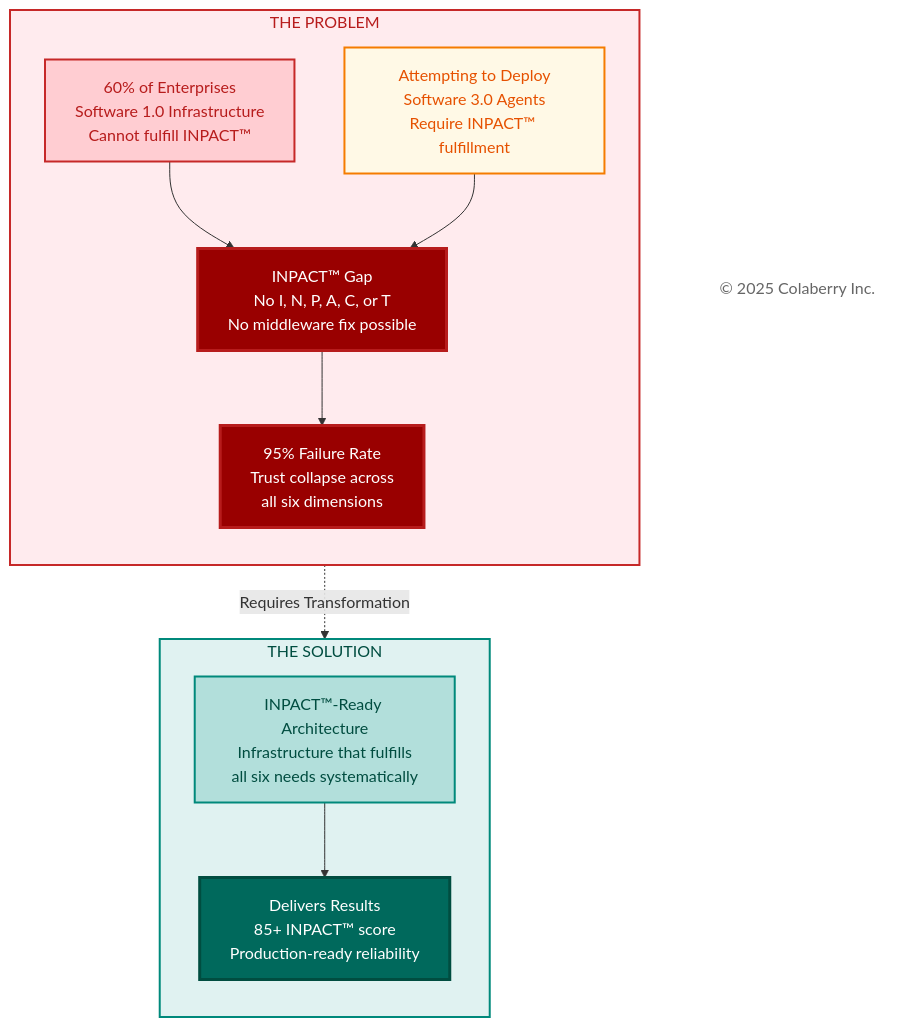
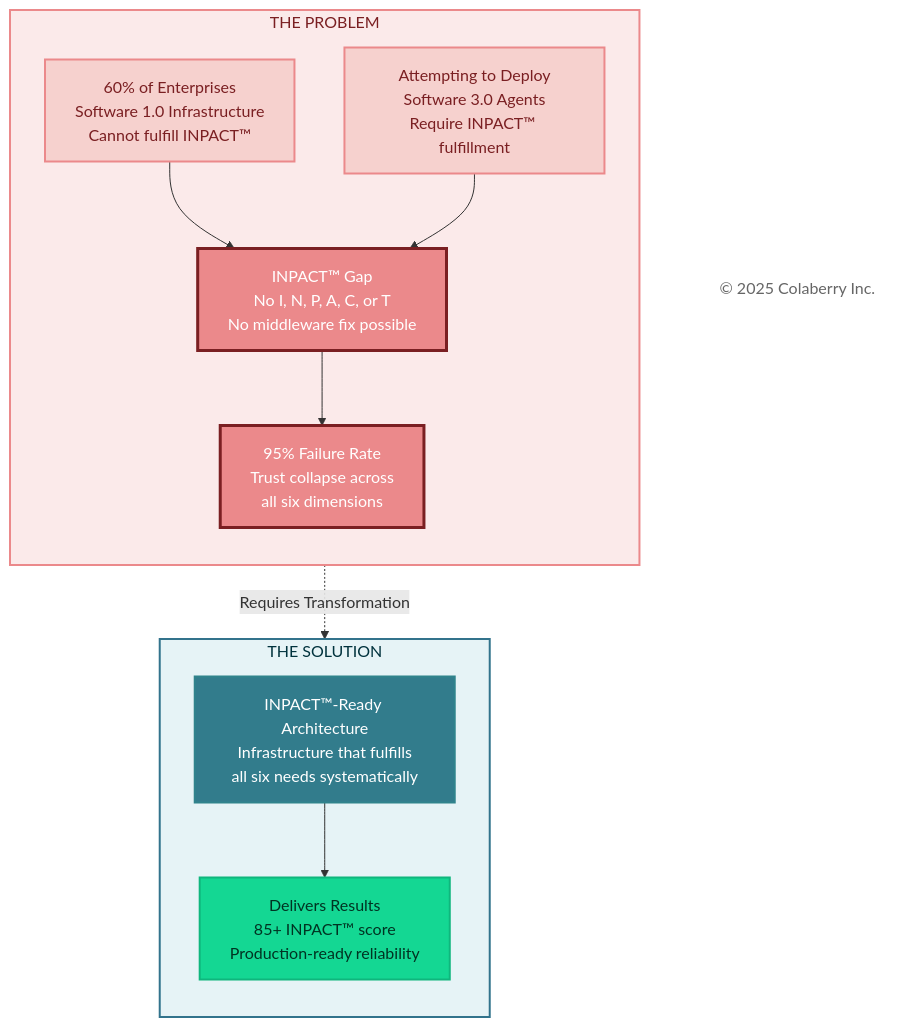
The fourth of 6 diagrams in manuscript/02_chapter_1_why_agents_fail.md (colaberry/trust-before-intelligence-book), drawn with Mermaid before and after one commit. The commit also changed other lines of this file, not shown here.

Commit message:
Update mermaid diagrams as per new coloberry color and contrast ratio for chapter 2

````diff
--- a/manuscript/02_chapter_1_why_agents_fail.md
+++ b/manuscript/02_chapter_1_why_agents_fail.md
@@ -484,43 +484,43 @@
 ```mermaid
 
 graph TB
     subgraph PROBLEM["THE PROBLEM"]
         direction TB
         current["60% of Enterprises<br/>Software 1.0 Infrastructure<br/>Cannot fulfill INPACT™"]
         
         attempting["Attempting to Deploy<br/>Software 3.0 Agents<br/>Require INPACT™ fulfillment"]
         
         gap["INPACT™ Gap<br/>No I, N, P, A, C, or T<br/>No middleware fix possible"]
         
         result["95% Failure Rate<br/>Trust collapse across<br/>all six dimensions"]
         
         current --> gap
         attempting --> gap
         gap --> result
     end
     
     subgraph SOLUTION["THE SOLUTION"]
         direction TB
         transform["INPACT™-Ready Architecture<br/>Infrastructure that fulfills<br/>all six needs systematically"]
         
         delivers["Delivers Results<br/>85+ INPACT™ score<br/>Production-ready reliability"]
         
         transform --> delivers
     end
     
     result -.->|"Requires Transformation"| transform
     
     Copyright["© 2025 Colaberry Inc."]
     
-    style PROBLEM fill:#ffebee,stroke:#c62828,stroke-width:2px,color:#b71c1c
-    style current fill:#ffcdd2,stroke:#c62828,stroke-width:2px,color:#b71c1c
-    style attempting fill:#fff9e6,stroke:#f57c00,stroke-width:2px,color:#e65100
-    style gap fill:#990000,color:#ffffff,stroke:#b71c1c,stroke-width:3px
-    style result fill:#990000,color:#ffffff,stroke:#b71c1c,stroke-width:3px
+    style PROBLEM fill:#FBEAEA,stroke:#EB898B,stroke-width:2px,color:#7A1F22
+    style current fill:#F6D1CE,stroke:#EB898B,stroke-width:2px,color:#7A1F22
+    style attempting fill:#F6D1CE,stroke:#EB898B,stroke-width:2px,color:#7A1F22
+    style gap fill:#EB898B,color:#ffffff,stroke:#7A1F22,stroke-width:3px
+    style result fill:#EB898B,color:#ffffff,stroke:#7A1F22,stroke-width:3px
     
-    style SOLUTION fill:#e0f2f1,stroke:#00897b,stroke-width:2px,color:#004d40
-    style transform fill:#b2dfdb,stroke:#00897b,stroke-width:2px,color:#004d40
-    style delivers fill:#00695c,color:#ffffff,stroke:#004d40,stroke-width:3px
+    style SOLUTION fill:#E6F3F6,stroke:#32738C,stroke-width:2px,color:#00323D
+    style transform fill:#327C8C,stroke:#30838C,stroke-width:2px,color:#ffffff
+    style delivers fill:#14D793,color:#003322,stroke:#0FB67D,stroke-width:2px
     style Copyright fill:#ffffff,stroke:none,color:#666666
 
 ```
````
